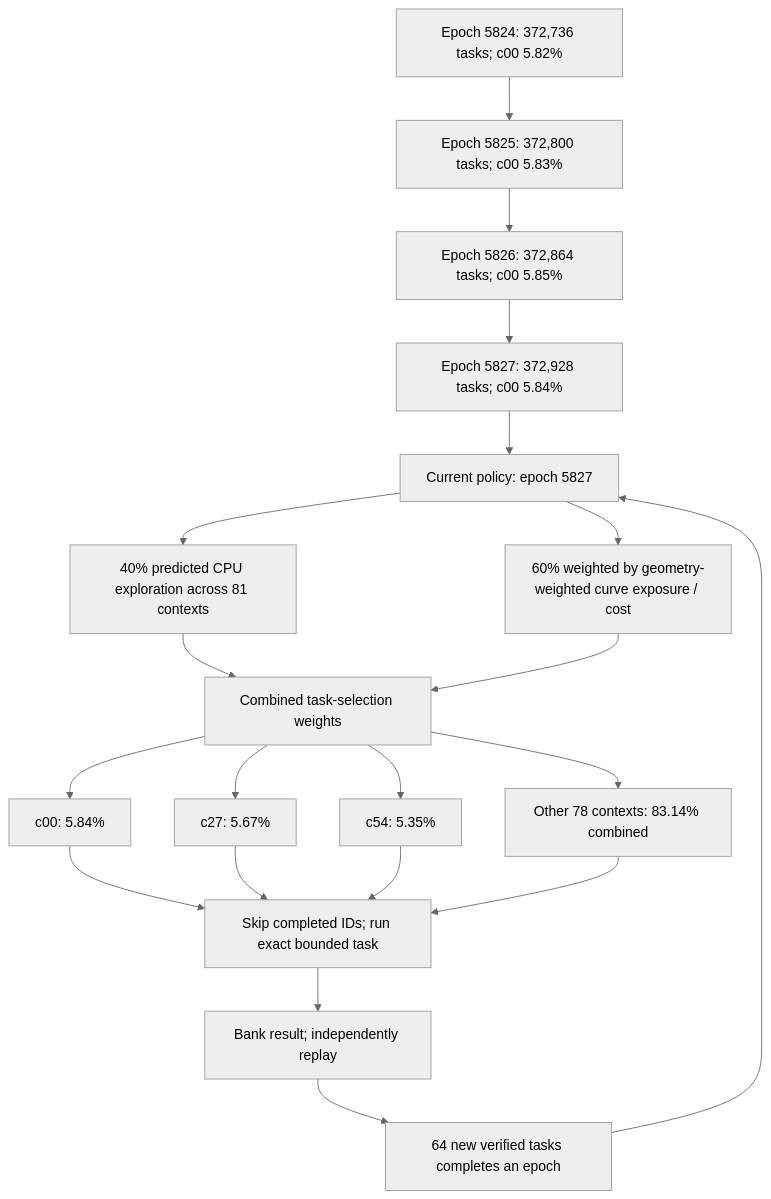
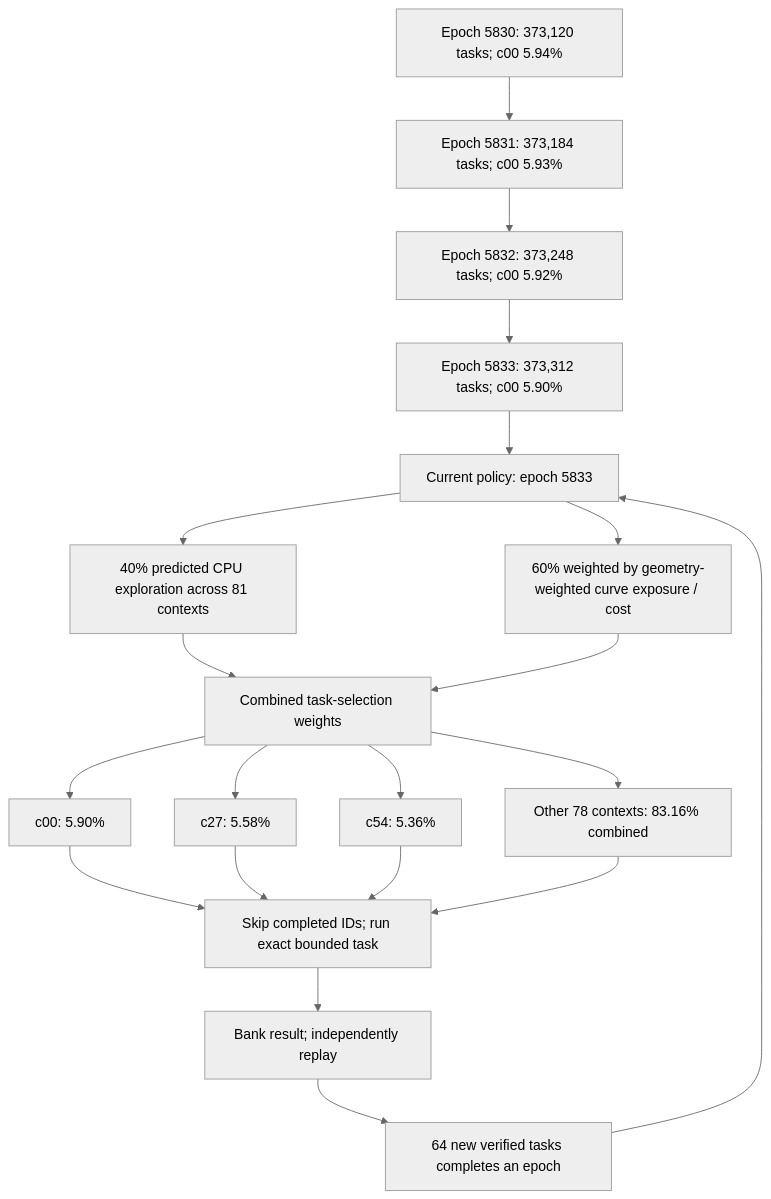
One commit to Kuberwastaken/math-gambling changed the first of 3 diagrams in README.md. Above: the diagram before and after it, drawn with Mermaid (neutral theme). The commit also changed other lines of this file and 1443 other files, not shown here.

````diff
--- a/README.md
+++ b/README.md
@@ -60,27 +60,27 @@
 ```mermaid
 flowchart TD
-    H0["Epoch 5824: 372,736 tasks; c00 5.82%"]
-    H1["Epoch 5825: 372,800 tasks; c00 5.83%"]
+    H0["Epoch 5830: 373,120 tasks; c00 5.94%"]
+    H1["Epoch 5831: 373,184 tasks; c00 5.93%"]
     H0 --> H1
-    H2["Epoch 5826: 372,864 tasks; c00 5.85%"]
+    H2["Epoch 5832: 373,248 tasks; c00 5.92%"]
     H1 --> H2
-    H3["Epoch 5827: 372,928 tasks; c00 5.84%"]
+    H3["Epoch 5833: 373,312 tasks; c00 5.90%"]
     H2 --> H3
-    Policy["Current policy: epoch 5827"]
+    Policy["Current policy: epoch 5833"]
     H3 --> Policy
     Policy --> Explore["40% predicted CPU exploration across 81 contexts"]
     Policy --> Cost["60% weighted by geometry-weighted curve exposure / cost"]
     Explore --> Mix["Combined task-selection weights"]
     Cost --> Mix
-    Mix --> C0["c00: 5.84%"]
-    Mix --> C1["c27: 5.67%"]
-    Mix --> C2["c54: 5.35%"]
-    Mix --> Rest["Other 78 contexts: 83.14% combined"]
+    Mix --> C0["c00: 5.90%"]
+    Mix --> C1["c27: 5.58%"]
+    Mix --> C2["c54: 5.36%"]
+    Mix --> Rest["Other 78 contexts: 83.16% combined"]
     C0 --> Check["Skip completed IDs; run exact bounded task"]
     C1 --> Check
     C2 --> Check
     Rest --> Check
     Check --> Replay["Bank result; independently replay"]
     Replay --> Gate["64 new verified tasks completes an epoch"]
     Gate --> Policy
 ```
````
